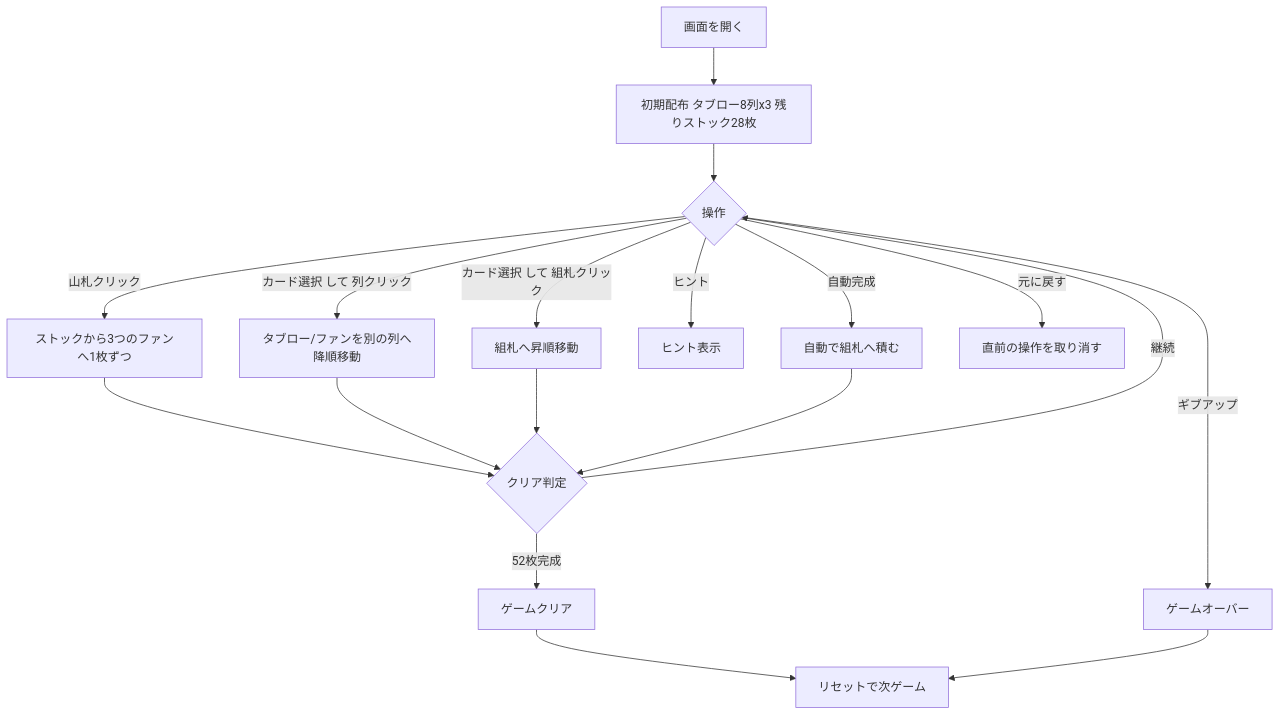
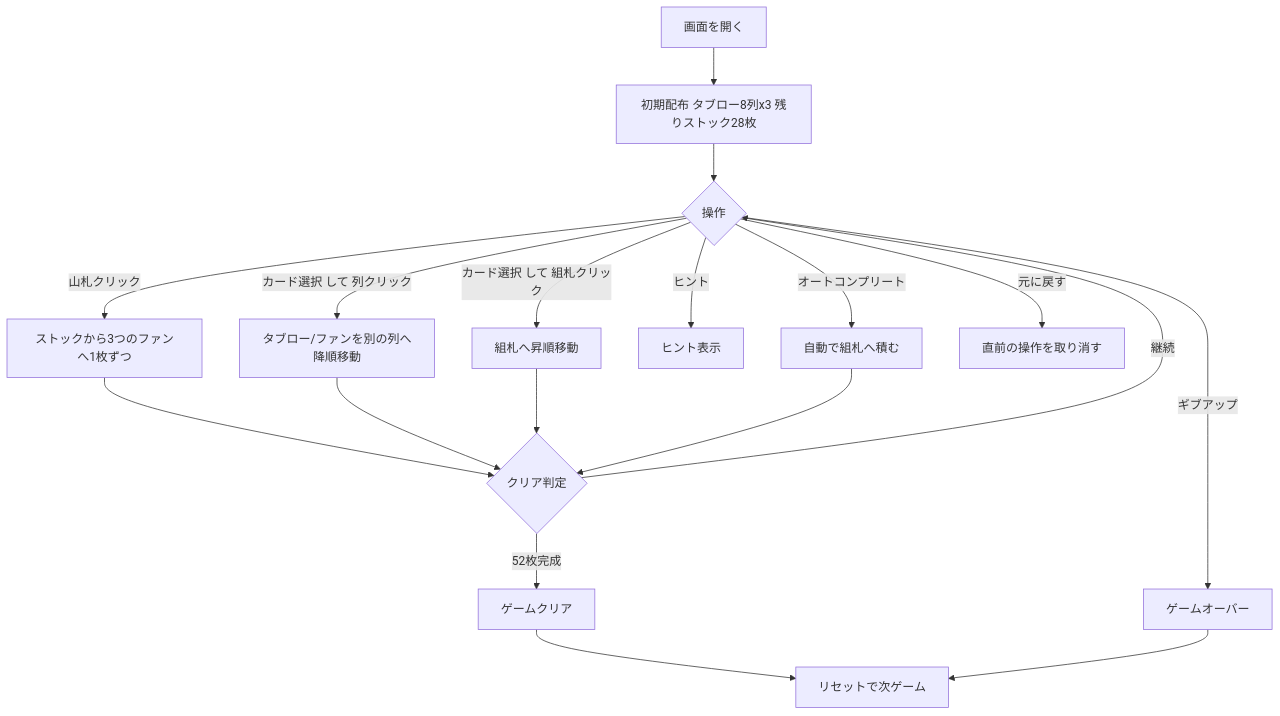
Before and after one commit to yuta-yoshinaga/go_trumpcards: the diagram in docs/manual/web/bristol.md, drawn with Mermaid. The commit also changed other lines of this file and 115 other files, not shown here.

````diff
--- a/docs/manual/web/bristol.md
+++ b/docs/manual/web/bristol.md
@@ -39,20 +39,20 @@
 ```mermaid
 flowchart TD
     A[画面を開く] --> B[初期配布 タブロー8列x3 残りストック28枚]
     B --> C{操作}
     C -->|山札クリック| D[ストックから3つのファンへ1枚ずつ]
     C -->|カード選択 して 列クリック| E[タブロー/ファンを別の列へ降順移動]
     C -->|カード選択 して 組札クリック| F[組札へ昇順移動]
     C -->|ヒント| G[ヒント表示]
-    C -->|自動完成| H[自動で組札へ積む]
+    C -->|オートコンプリート| H[自動で組札へ積む]
     C -->|元に戻す| I[直前の操作を取り消す]
     D --> J{クリア判定}
     E --> J
     F --> J
     H --> J
     J -->|52枚完成| K[ゲームクリア]
     J -->|継続| C
     C -->|ギブアップ| L[ゲームオーバー]
     K --> M[リセットで次ゲーム]
     L --> M
 ```
````
